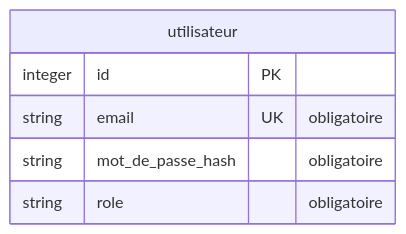
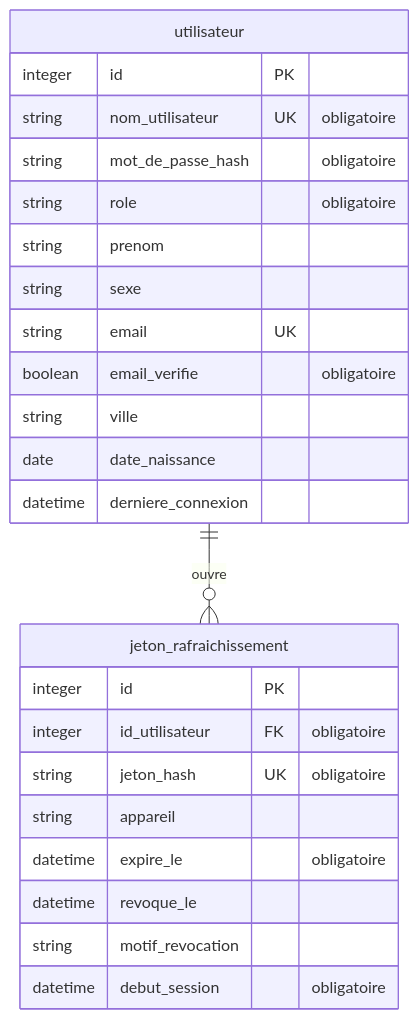
One commit to Soria54/api-auth changed the diagram in docs/base-de-donnees.md. Above: the diagram before and after it, drawn with Mermaid. The commit also changed other lines of this file and 40 other files, not shown here.

````diff
--- a/docs/base-de-donnees.md
+++ b/docs/base-de-donnees.md
@@ -7,11 +7,29 @@
 ```mermaid
 erDiagram
+  utilisateur ||--o{ jeton_rafraichissement : "ouvre"
   %% @@relations
   utilisateur {
     integer id PK
-    string email UK "obligatoire"
+    string nom_utilisateur UK "obligatoire"
     string mot_de_passe_hash "obligatoire"
     string role "obligatoire"
+    string prenom
+    string sexe
+    string email UK
+    boolean email_verifie "obligatoire"
+    string ville
+    date date_naissance
+    datetime derniere_connexion
+  }
+  jeton_rafraichissement {
+    integer id PK
+    integer id_utilisateur FK "obligatoire"
+    string jeton_hash UK "obligatoire"
+    string appareil
+    datetime expire_le "obligatoire"
+    datetime revoque_le
+    string motif_revocation
+    datetime debut_session "obligatoire"
   }
   %% @@entites
 ```
````
